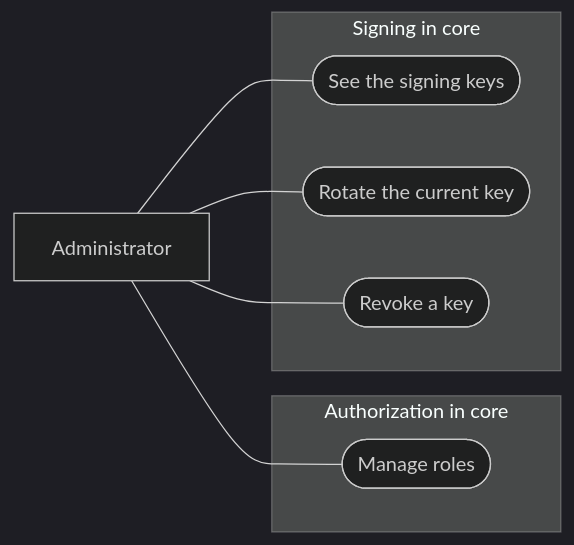
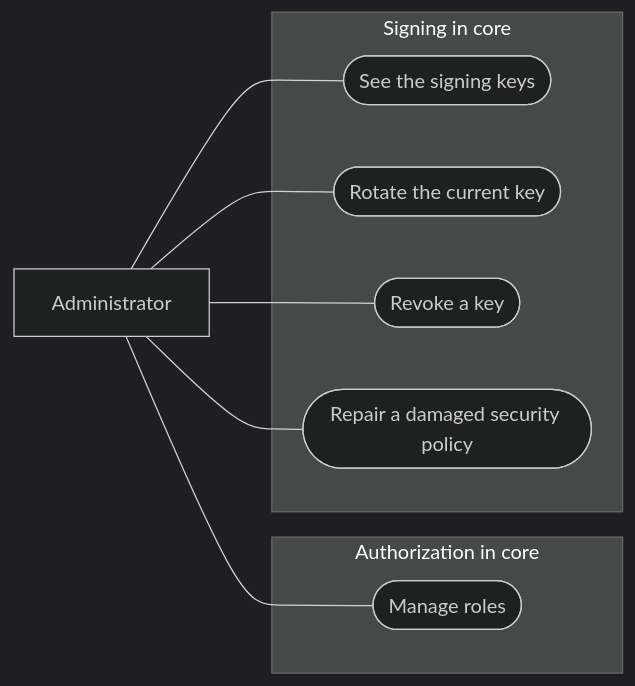
The first of 12 diagrams in docs/MAP.md (GenoaCMS/genoacms), drawn with Mermaid (dark theme) before and after one commit. The commit also changed other lines of this file and 5 other files, not shown here.

````diff
--- a/docs/MAP.md
+++ b/docs/MAP.md
@@ -13,17 +13,19 @@
 ```mermaid
 flowchart LR
   actor["Administrator"]
   subgraph doc1 ["Authorization in core"]
     ZJ1(["Manage roles"])
   end
   subgraph doc2 ["Signing in core"]
     YJ1(["See the signing keys"])
     YJ2(["Rotate the current key"])
     YJ3(["Revoke a key"])
+    YJ4(["Repair a damaged security policy"])
   end
-  actor --- ZJ1 & YJ1 & YJ2 & YJ3
+  actor --- ZJ1 & YJ1 & YJ2 & YJ3 & YJ4
   click ZJ1 "architecture/authorization.md"
   click YJ1 "architecture/signing.md"
   click YJ2 "architecture/signing.md"
   click YJ3 "architecture/signing.md"
+  click YJ4 "architecture/signing.md"
 ```
````
